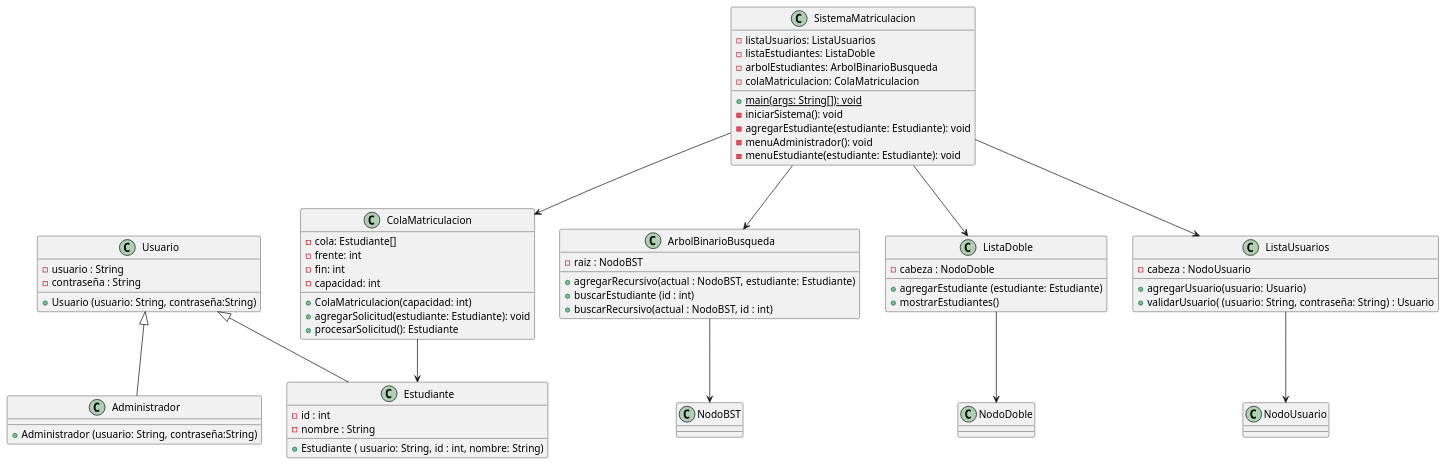
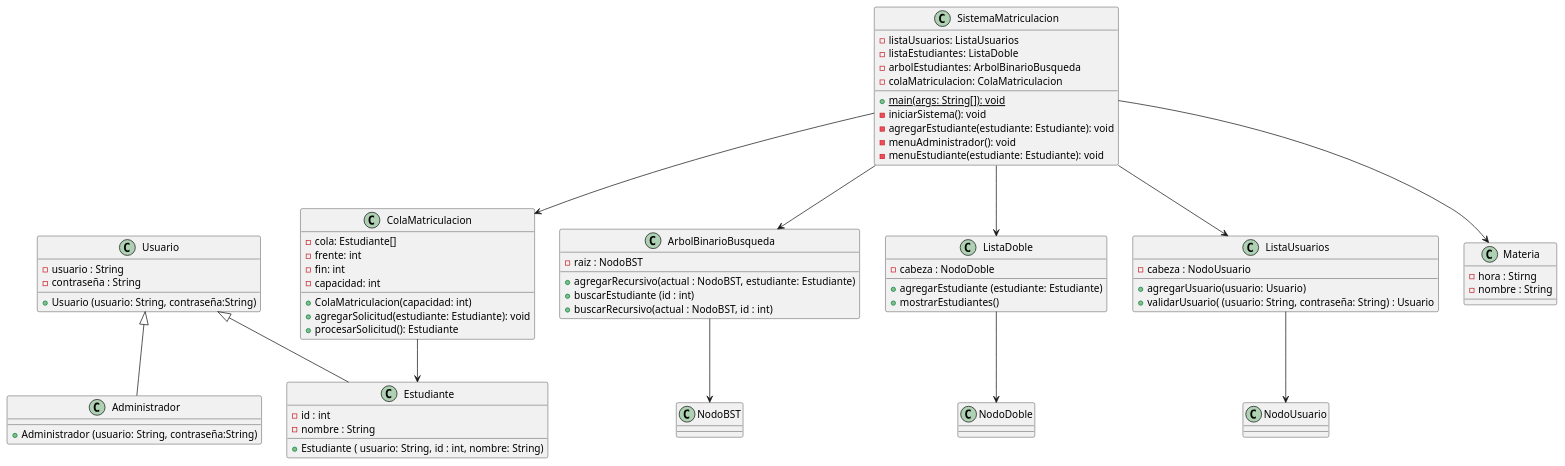
The diagram in PROYECTO.puml (domdume/proyectoED), drawn with PlantUML before and after one commit. The commit also changed 3 other files, not shown here.

```diff
--- a/PROYECTO.puml
+++ b/PROYECTO.puml
@@ -1,66 +1,71 @@
 @startuml
 'https://plantuml.com/class-diagram
 
 class Usuario{
 - usuario : String
 - contraseña : String
 + Usuario (usuario: String, contraseña:String)
 }
 class Administrador{
 + Administrador (usuario: String, contraseña:String)
 }
 class ArbolBinarioBusqueda{
    - raiz : NodoBST
    + agregarRecursivo(actual : NodoBST, estudiante: Estudiante)
    + buscarEstudiante (id : int)
    + buscarRecursivo(actual : NodoBST, id : int)
 }
 class ColaMatriculacion{
 - cola: Estudiante[]
   - frente: int
   - fin: int
   - capacidad: int
   + ColaMatriculacion(capacidad: int)
   + agregarSolicitud(estudiante: Estudiante): void
   + procesarSolicitud(): Estudiante
 }
 class Estudiante{
 - id : int
 - nombre : String
 + Estudiante ( usuario: String, id : int, nombre: String)
 }
 class ListaDoble{
 - cabeza : NodoDoble
 + agregarEstudiante (estudiante: Estudiante)
 + mostrarEstudiantes()
 }
 class ListaUsuarios{
 - cabeza : NodoUsuario
 + agregarUsuario(usuario: Usuario)
 + validarUsuario( (usuario: String, contraseña: String) : Usuario
 }
+class Materia {
+- hora : Stirng
+- nombre : String
+}
 class NodoBST{}
 class NodoDoble{}
 class NodoUsuario{}
 class SistemaMatriculacion {
  - listaUsuarios: ListaUsuarios
  - listaEstudiantes: ListaDoble
  - arbolEstudiantes: ArbolBinarioBusqueda
  - colaMatriculacion: ColaMatriculacion
  + {static} main(args: String[]): void
   - iniciarSistema(): void
   - agregarEstudiante(estudiante: Estudiante): void
   - menuAdministrador(): void
   - menuEstudiante(estudiante: Estudiante): void
 }
 ArbolBinarioBusqueda --> NodoBST
 SistemaMatriculacion --> ListaDoble
 SistemaMatriculacion --> ListaUsuarios
 SistemaMatriculacion --> ArbolBinarioBusqueda
 SistemaMatriculacion --> ColaMatriculacion
+SistemaMatriculacion --> Materia
 ColaMatriculacion --> Estudiante
 ListaUsuarios --> NodoUsuario
 ListaDoble --> NodoDoble
 Usuario <|-- Administrador
 Usuario <|-- Estudiante
 @enduml
```
